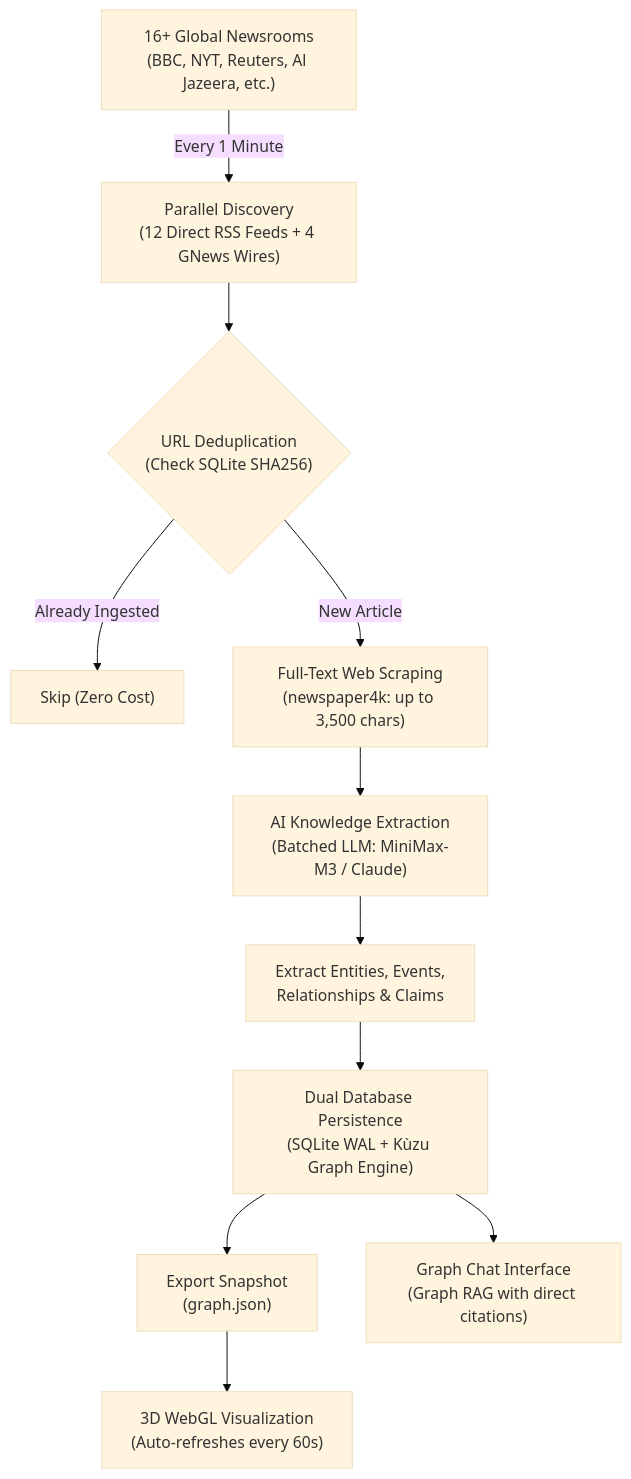
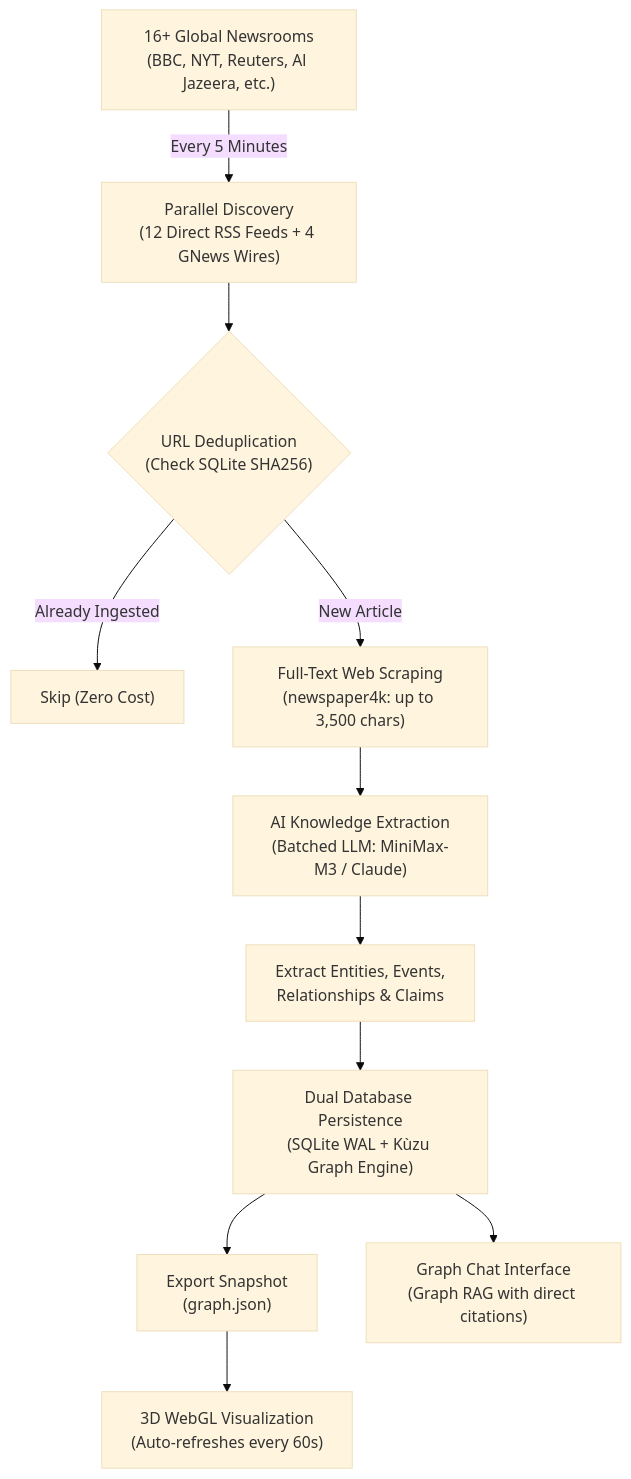
One commit to Import-Saurabh/Knowledge_Graph changed the diagram in README.md. Above: the diagram before and after it, drawn with Mermaid (base theme). The commit also changed other lines of this file and 8 other files, not shown here.

````diff
--- a/README.md
+++ b/README.md
@@ -65,13 +63,13 @@
 ```mermaid
 flowchart TD
-    A["16+ Global Newsrooms\n(BBC, NYT, Reuters, Al Jazeera, etc.)"] -->|Every 1 Minute| B["Parallel Discovery\n(12 Direct RSS Feeds + 4 GNews Wires)"]
+    A["16+ Global Newsrooms\n(BBC, NYT, Reuters, Al Jazeera, etc.)"] -->|Every 5 Minutes| B["Parallel Discovery\n(12 Direct RSS Feeds + 4 GNews Wires)"]
     B --> C{"URL Deduplication\n(Check SQLite SHA256)"}
     C -->|Already Ingested| D["Skip (Zero Cost)"]
     C -->|New Article| E["Full-Text Web Scraping\n(newspaper4k: up to 3,500 chars)"]
     E --> F["AI Knowledge Extraction\n(Batched LLM: MiniMax-M3 / Claude)"]
     F --> G["Extract Entities, Events,\nRelationships & Claims"]
     G --> H["Dual Database Persistence\n(SQLite WAL + Kùzu Graph Engine)"]
     H --> I["Export Snapshot\n(graph.json)"]
     I --> J["3D WebGL Visualization\n(Auto-refreshes every 60s)"]
     H --> K["Graph Chat Interface\n(Graph RAG with direct citations)"]
 ```
````
